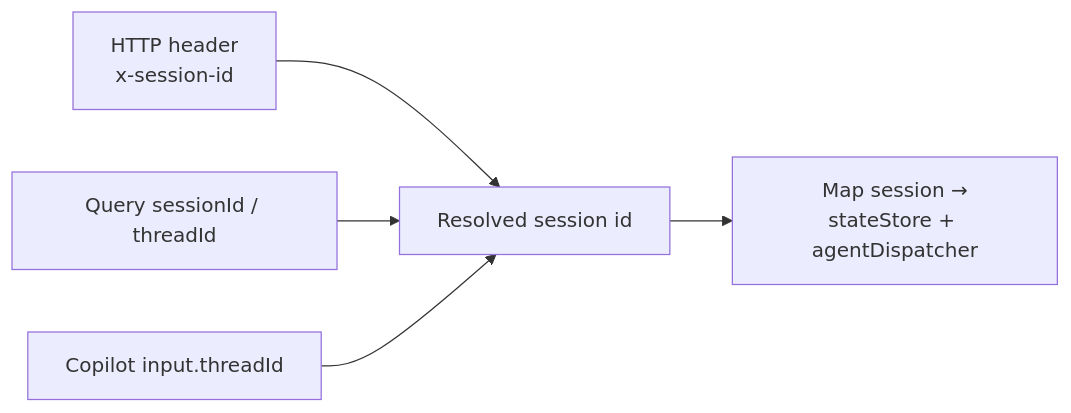
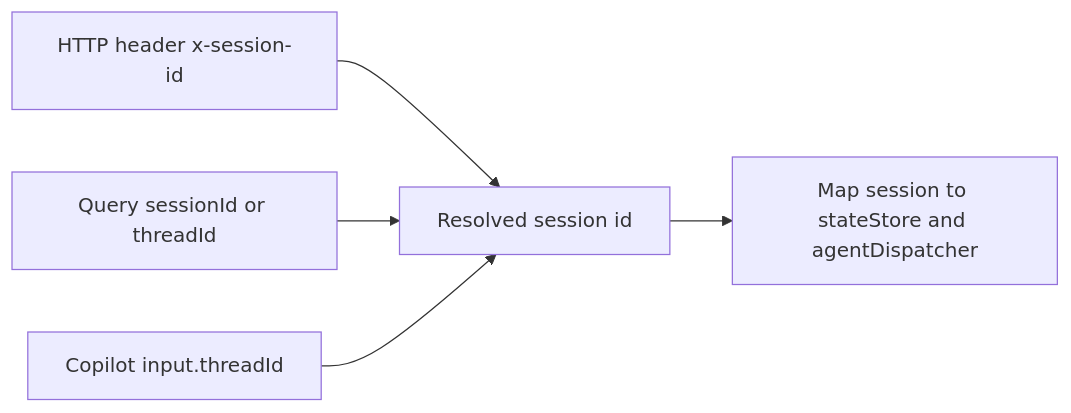
One commit to acuhlmann/mermaid-gen changed the eighth of 9 diagrams in README.md. Above: the diagram before and after it, drawn with Mermaid. The commit also changed other lines of this file, not shown here.

First line of the commit message:
Refine README.md documentation for flowcharts and session handling

````diff
--- a/README.md
+++ b/README.md
@@ -282,12 +282,10 @@
 ```mermaid
 flowchart LR
-  H["HTTP header\nx-session-id"]
-  Q["Query sessionId / threadId"]
+  H["HTTP header x-session-id"]
+  Q["Query sessionId or threadId"]
   CT["Copilot input.threadId"]
-
-  H --> RID[Resolved session id]
+  H --> RID["Resolved session id"]
   Q --> RID
   CT --> RID
-
-  RID --> MAP["Map session →\nstateStore + agentDispatcher"]
+  RID --> MAP["Map session to stateStore and agentDispatcher"]
 ```
````
